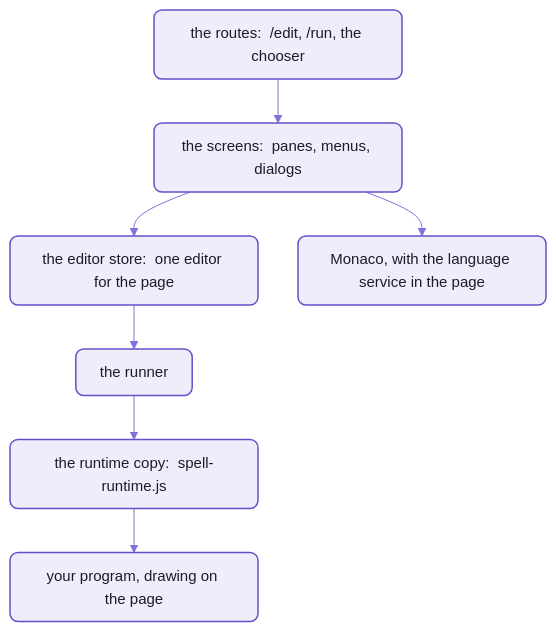
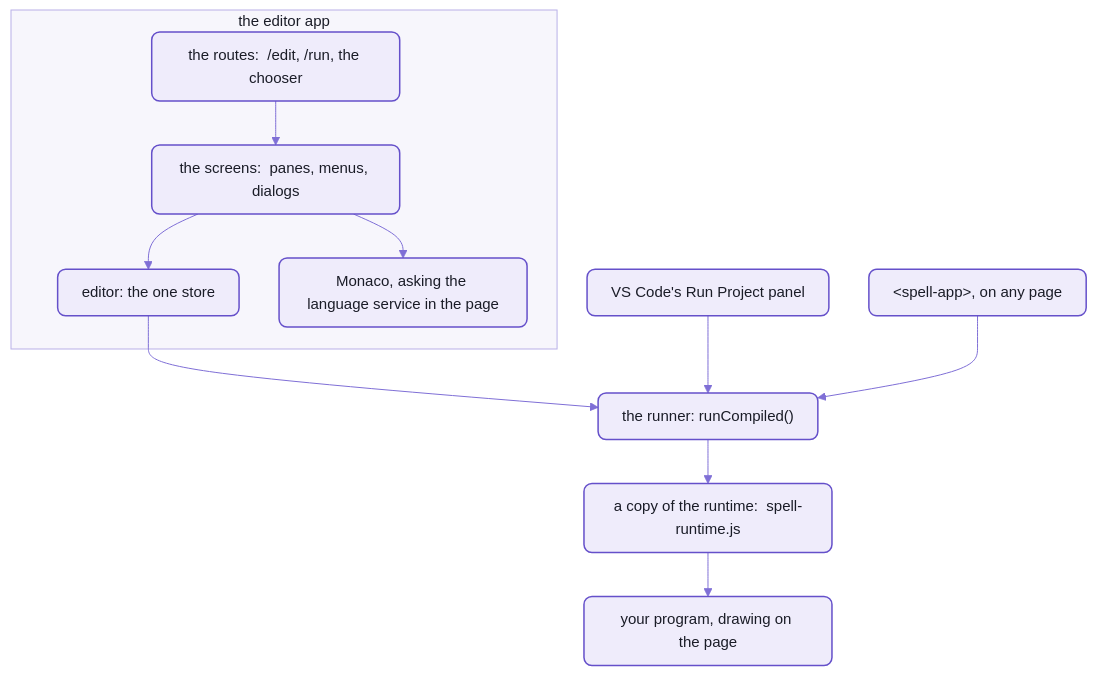
Before and after one commit to spell-app/spell: the first of 2 diagrams in app/README-app.md, drawn with Mermaid. The commit also changed other lines of this file and 8 other files, not shown here.

Commit message:
readme P11:  Voice Rewrite -- spell-app's six pages in the chosen voice;  the examples table's generator writes Spell capitalised

````diff
--- a/app/README-app.md
+++ b/app/README-app.md
@@ -14,12 +35,16 @@
 ```mermaid
 %%{init: {"theme":"base","themeVariables":{"fontFamily":"-apple-system, BlinkMacSystemFont, Segoe UI, Helvetica, Arial, sans-serif","fontSize":"15px","primaryColor":"#EFECFB","primaryBorderColor":"#6550CA","primaryTextColor":"#1A1C27","secondaryColor":"#F4F1E9","tertiaryColor":"#F7F6FC","lineColor":"#7F6FD6","textColor":"#7F6FD6","clusterBkg":"#F7F6FC","clusterBorder":"#B9B0E8","titleColor":"#1A1C27","edgeLabelBackground":"#F7F6FC","actorBkg":"#EFECFB","actorBorder":"#6550CA","actorTextColor":"#1A1C27","actorLineColor":"#9C90DE","signalColor":"#7F6FD6","signalTextColor":"#7F6FD6","labelBoxBkgColor":"#EFECFB","labelBoxBorderColor":"#6550CA","labelTextColor":"#1A1C27","loopTextColor":"#7F6FD6","noteBkgColor":"#F1E7D4","noteBorderColor":"#C9B48A","noteTextColor":"#1A1C27","activationBkgColor":"#DCD6F7","activationBorderColor":"#6550CA","sequenceNumberColor":"#FFFFFF"},"flowchart":{"curve":"basis","padding":12,"nodeSpacing":40,"rankSpacing":44}}}%%
 flowchart TB
-  routes["the routes:  /edit, /run, the chooser"] --> screens["the screens:  panes, menus, dialogs"]
-  screens --> store["the editor store:  one editor for the page"]
-  screens --> monaco["Monaco, with the language service in the page"]
-  store --> runner["the runner"]
-  runner --> runtime["the runtime copy:  spell-runtime.js"]
+  subgraph web["the editor app"]
+    routes["the routes:  /edit, /run, the chooser"] --> screens["the screens:  panes, menus, dialogs"]
+    screens --> store["editor:  the one store"]
+    screens --> monaco["Monaco, asking the language service in the page"]
+  end
+  store --> runner["the runner:  runCompiled()"]
+  panel["VS Code's Run Project panel"] --> runner
+  element["&lt;spell-app&gt;, on any page"] --> runner
+  runner --> runtime["a copy of the runtime:  spell-runtime.js"]
   runtime --> program["your program, drawing on the page"]
   %% the Spell look:  yarn mermaid:pretty
   classDef default fill:#EFECFB,stroke:#6550CA,stroke-width:1.5px,color:#1A1C27,rx:8px,ry:8px
 ```
````
